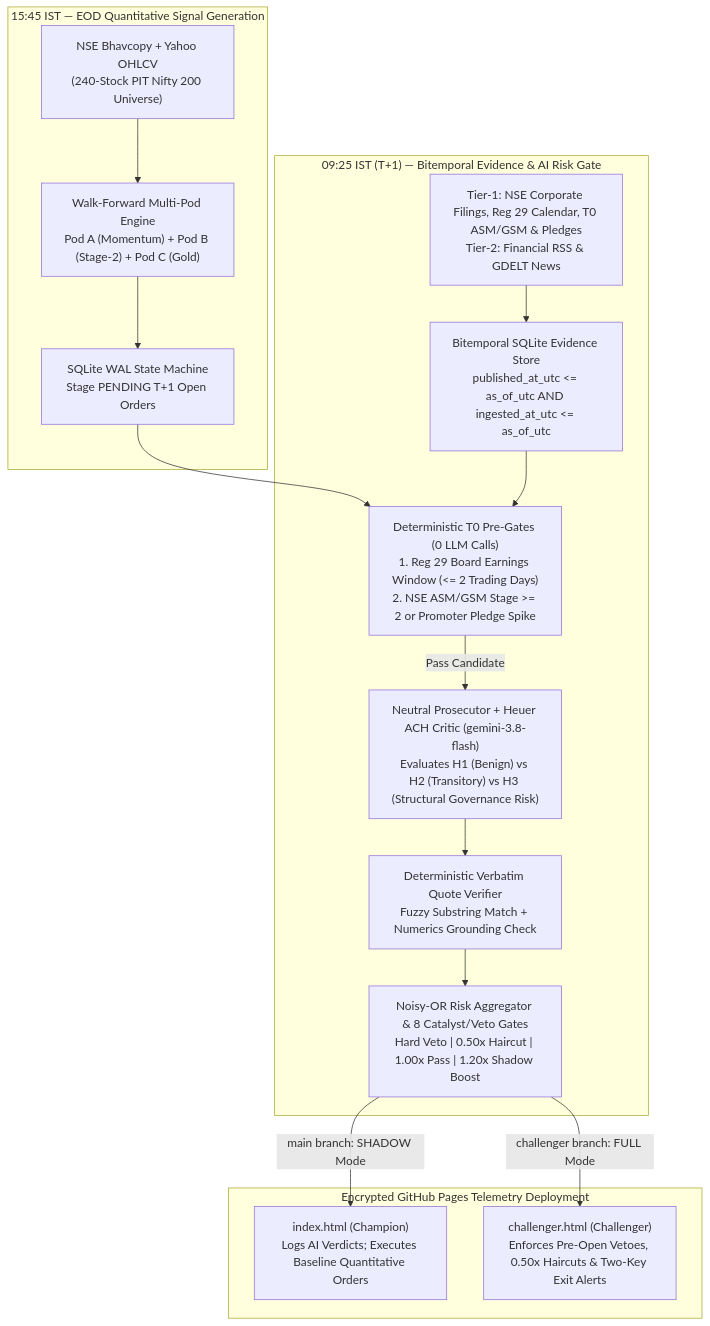
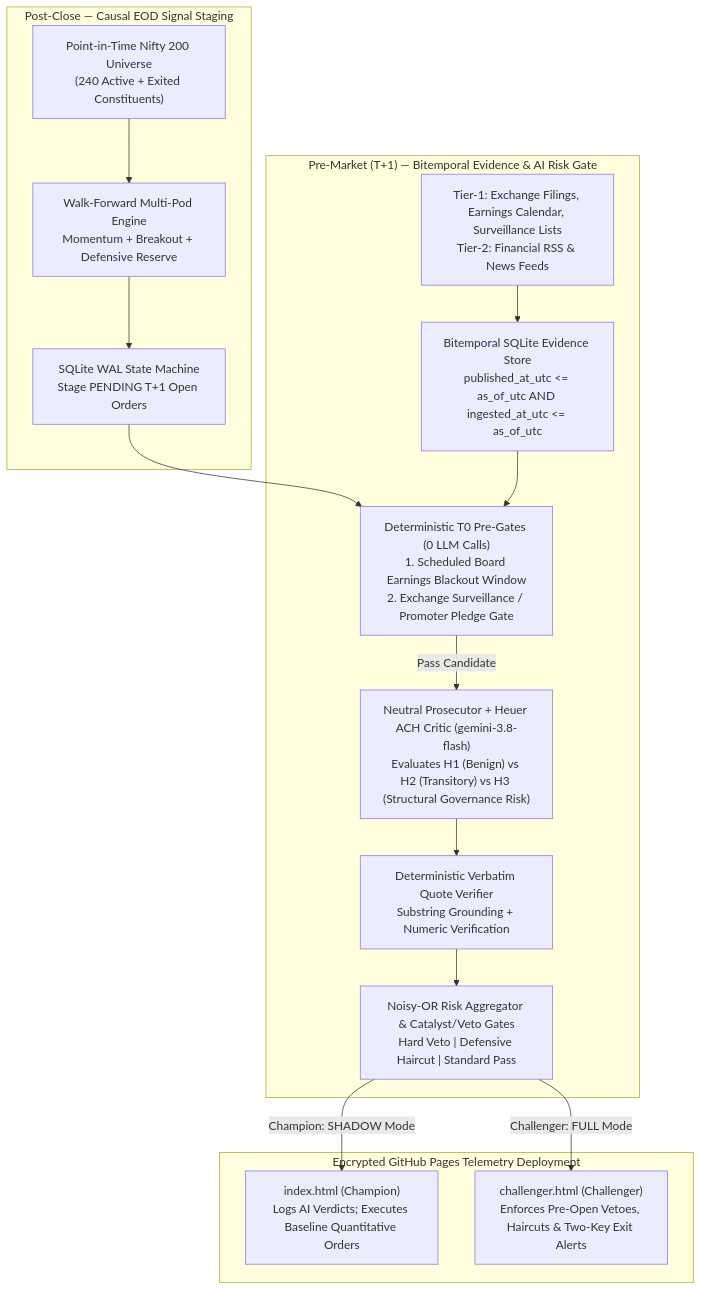
One commit to himanshu2408/nifty-eod-dashboard changed the diagram in README.md. Above: the diagram before and after it, drawn with Mermaid. The commit also changed other lines of this file, not shown here.

````diff
--- a/README.md
+++ b/README.md
@@ -113,22 +111,22 @@
 ```mermaid
 flowchart TD
-    subgraph EOD["15:45 IST — EOD Quantitative Signal Generation"]
-        OHLCV["NSE Bhavcopy + Yahoo OHLCV<br/>(240-Stock PIT Nifty 200 Universe)"] --> PODS["Walk-Forward Multi-Pod Engine<br/>Pod A (Momentum) + Pod B (Stage-2) + Pod C (Gold)"]
+    subgraph EOD["Post-Close — Causal EOD Signal Staging"]
+        OHLCV["Point-in-Time Nifty 200 Universe<br/>(240 Active + Exited Constituents)"] --> PODS["Walk-Forward Multi-Pod Engine<br/>Momentum + Breakout + Defensive Reserve"]
         PODS --> PENDING["SQLite WAL State Machine<br/>Stage PENDING T+1 Open Orders"]
     end
 
-    subgraph PREOPEN["09:25 IST (T+1) — Bitemporal Evidence & AI Risk Gate"]
+    subgraph PREOPEN["Pre-Market (T+1) — Bitemporal Evidence & AI Risk Gate"]
         EVID["Bitemporal SQLite Evidence Store<br/>published_at_utc <= as_of_utc AND ingested_at_utc <= as_of_utc"]
-        SOURCES["Tier-1: NSE Corporate Filings, Reg 29 Calendar, T0 ASM/GSM & Pledges<br/>Tier-2: Financial RSS & GDELT News"] --> EVID
-        PENDING --> GATE0["Deterministic T0 Pre-Gates (0 LLM Calls)<br/>1. Reg 29 Board Earnings Window (<= 2 Trading Days)<br/>2. NSE ASM/GSM Stage >= 2 or Promoter Pledge Spike"]
+        SOURCES["Tier-1: Exchange Filings, Earnings Calendar, Surveillance Lists<br/>Tier-2: Financial RSS & News Feeds"] --> EVID
+        PENDING --> GATE0["Deterministic T0 Pre-Gates (0 LLM Calls)<br/>1. Scheduled Board Earnings Blackout Window<br/>2. Exchange Surveillance / Promoter Pledge Gate"]
         EVID --> GATE0
         GATE0 -->|Pass Candidate| PROS["Neutral Prosecutor + Heuer ACH Critic (gemini-3.8-flash)<br/>Evaluates H1 (Benign) vs H2 (Transitory) vs H3 (Structural Governance Risk)"]
-        PROS --> VERIFY["Deterministic Verbatim Quote Verifier<br/>Fuzzy Substring Match + Numerics Grounding Check"]
-        VERIFY --> SCORER["Noisy-OR Risk Aggregator & 8 Catalyst/Veto Gates<br/>Hard Veto | 0.50x Haircut | 1.00x Pass | 1.20x Shadow Boost"]
+        PROS --> VERIFY["Deterministic Verbatim Quote Verifier<br/>Substring Grounding + Numeric Verification"]
+        VERIFY --> SCORER["Noisy-OR Risk Aggregator & Catalyst/Veto Gates<br/>Hard Veto | Defensive Haircut | Standard Pass"]
     end
 
     subgraph DEPLOY["Encrypted GitHub Pages Telemetry Deployment"]
-        SCORER -->|main branch: SHADOW Mode| CHAMP["index.html (Champion)<br/>Logs AI Verdicts; Executes Baseline Quantitative Orders"]
-        SCORER -->|challenger branch: FULL Mode| CHALL["challenger.html (Challenger)<br/>Enforces Pre-Open Vetoes, 0.50x Haircuts & Two-Key Exit Alerts"]
+        SCORER -->|Champion: SHADOW Mode| CHAMP["index.html (Champion)<br/>Logs AI Verdicts; Executes Baseline Quantitative Orders"]
+        SCORER -->|Challenger: FULL Mode| CHALL["challenger.html (Challenger)<br/>Enforces Pre-Open Vetoes, Haircuts & Two-Key Exit Alerts"]
     end
 ```
````
